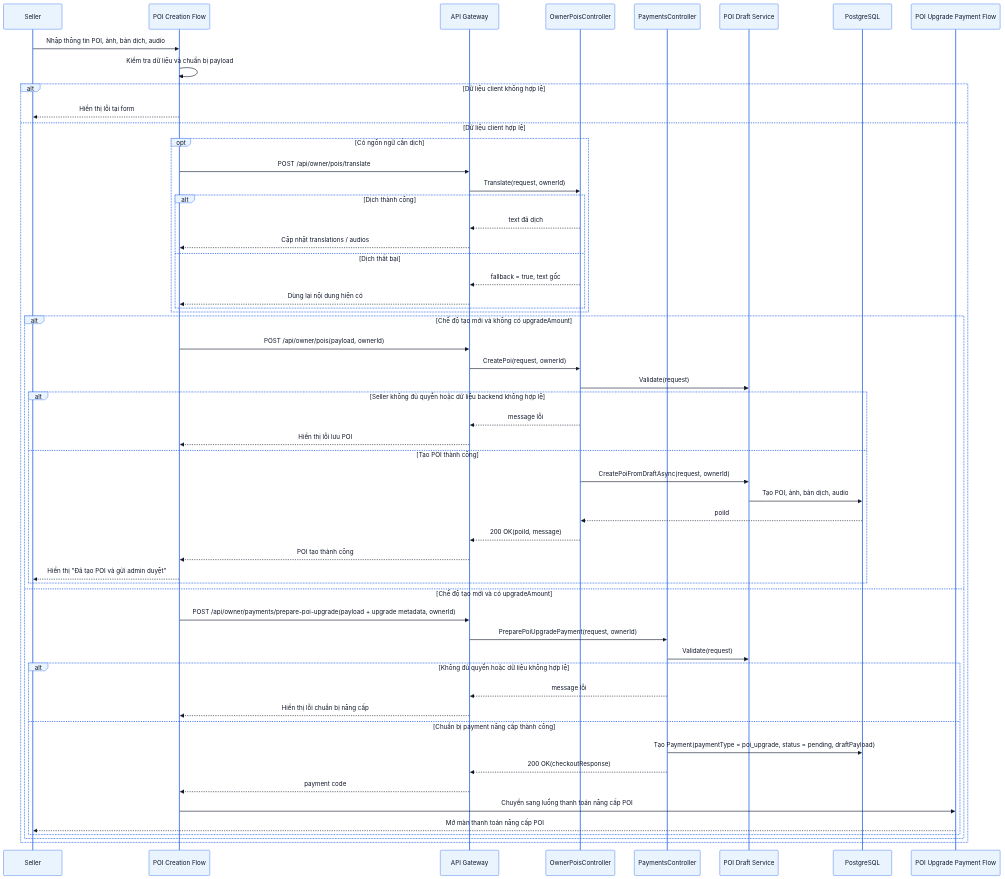
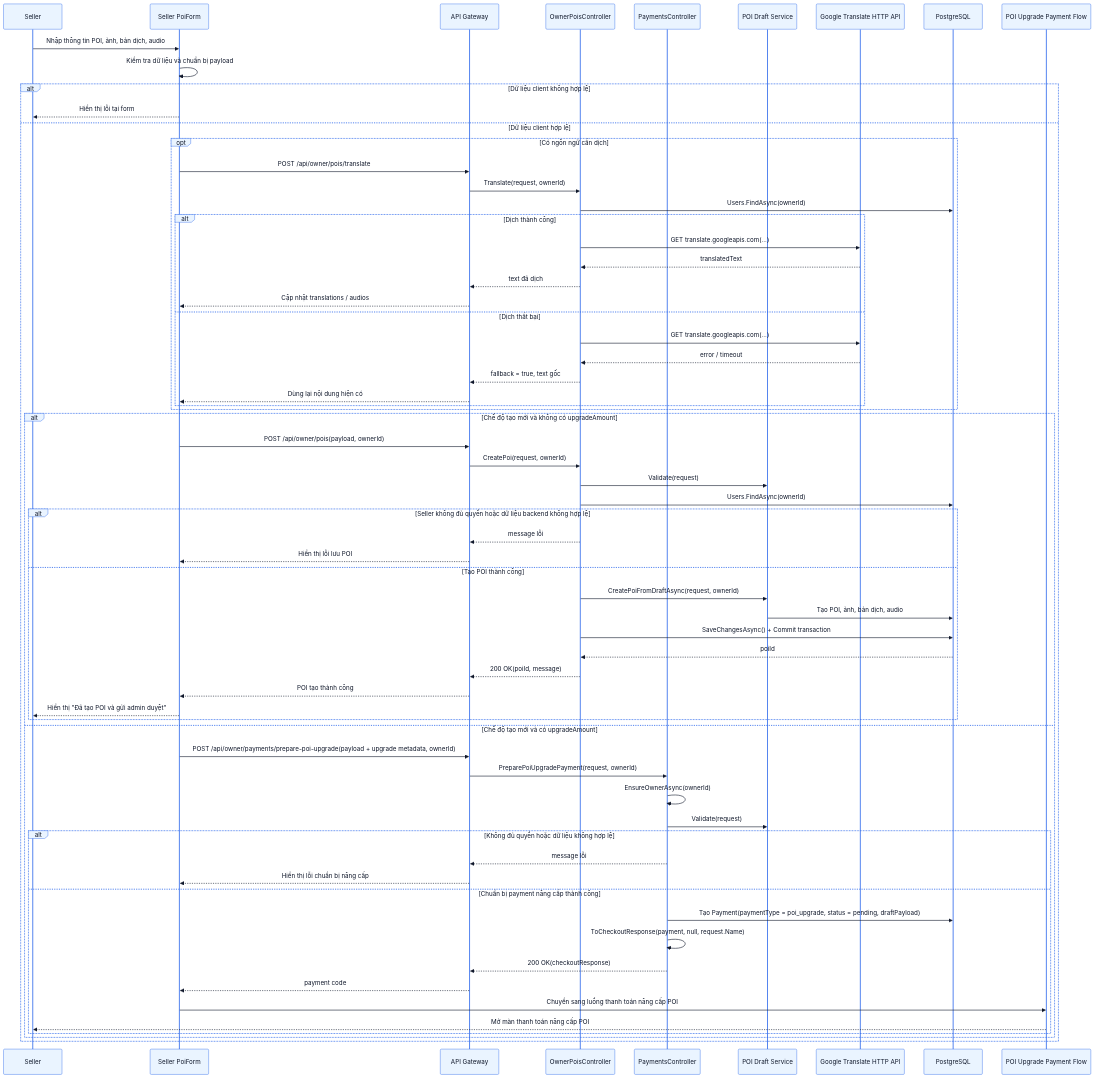
The tenth of 36 diagrams in docs/PRD.md (thaiquanghieu/smart-guide-system), drawn with Mermaid before and after one commit. The commit also changed other lines of this file and 18 other files, not shown here.

Commit message:
docs: update PRD and diagrams

```diff
--- a/docs/PRD.md
+++ b/docs/PRD.md
@@ -1314,11 +1420,12 @@
 }}%%
 sequenceDiagram
     participant Seller as Seller
-    participant PoiForm as POI Creation Flow
+    participant PoiForm as Seller PoiForm
     participant API as API Gateway
     participant OwnerCtl as OwnerPoisController
     participant PaymentCtl as PaymentsController
     participant DraftSvc as POI Draft Service
+    participant TranslateApi as Google Translate HTTP API
     participant DB as PostgreSQL
     participant UpgradePage as POI Upgrade Payment Flow
 
@@ -1331,11 +1438,16 @@
         opt Có ngôn ngữ cần dịch
             PoiForm ->> API: POST /api/owner/pois/translate
             API ->> OwnerCtl: Translate(request, ownerId)
+            OwnerCtl ->> DB: Users.FindAsync(ownerId)
 
             alt Dịch thành công
+                OwnerCtl ->> TranslateApi: GET translate.googleapis.com(...)
+                TranslateApi -->> OwnerCtl: translatedText
                 OwnerCtl -->> API: text đã dịch
                 API -->> PoiForm: Cập nhật translations / audios
             else Dịch thất bại
+                OwnerCtl ->> TranslateApi: GET translate.googleapis.com(...)
+                TranslateApi -->> OwnerCtl: error / timeout
                 OwnerCtl -->> API: fallback = true, text gốc
                 API -->> PoiForm: Dùng lại nội dung hiện có
             end
@@ -1345,6 +1457,7 @@
             PoiForm ->> API: POST /api/owner/pois(payload, ownerId)
             API ->> OwnerCtl: CreatePoi(request, ownerId)
             OwnerCtl ->> DraftSvc: Validate(request)
+            OwnerCtl ->> DB: Users.FindAsync(ownerId)
 
             alt Seller không đủ quyền hoặc dữ liệu backend không hợp lệ
                 OwnerCtl -->> API: message lỗi
@@ -1352,6 +1465,7 @@
             else Tạo POI thành công
                 OwnerCtl ->> DraftSvc: CreatePoiFromDraftAsync(request, ownerId)
                 DraftSvc ->> DB: Tạo POI, ảnh, bản dịch, audio
+                OwnerCtl ->> DB: SaveChangesAsync() + Commit transaction
                 DB -->> OwnerCtl: poiId
                 OwnerCtl -->> API: 200 OK(poiId, message)
                 API -->> PoiForm: POI tạo thành công
@@ -1360,6 +1474,7 @@
         else Chế độ tạo mới và có upgradeAmount
             PoiForm ->> API: POST /api/owner/payments/prepare-poi-upgrade(payload + upgrade metadata, ownerId)
             API ->> PaymentCtl: PreparePoiUpgradePayment(request, ownerId)
+            PaymentCtl ->> PaymentCtl: EnsureOwnerAsync(ownerId)
             PaymentCtl ->> DraftSvc: Validate(request)
 
             alt Không đủ quyền hoặc dữ liệu không hợp lệ
@@ -1367,6 +1482,7 @@
                 API -->> PoiForm: Hiển thị lỗi chuẩn bị nâng cấp
             else Chuẩn bị payment nâng cấp thành công
                 PaymentCtl ->> DB: Tạo Payment(paymentType = poi_upgrade, status = pending, draftPayload)
+                PaymentCtl ->> PaymentCtl: ToCheckoutResponse(payment, null, request.Name)
                 PaymentCtl -->> API: 200 OK(checkoutResponse)
                 API -->> PoiForm: payment code
                 PoiForm ->> UpgradePage: Chuyển sang luồng thanh toán nâng cấp POI
```
